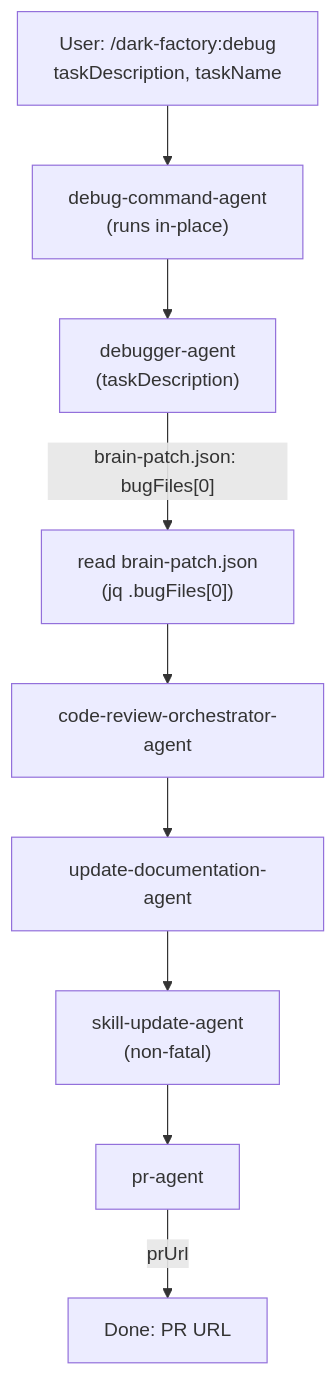
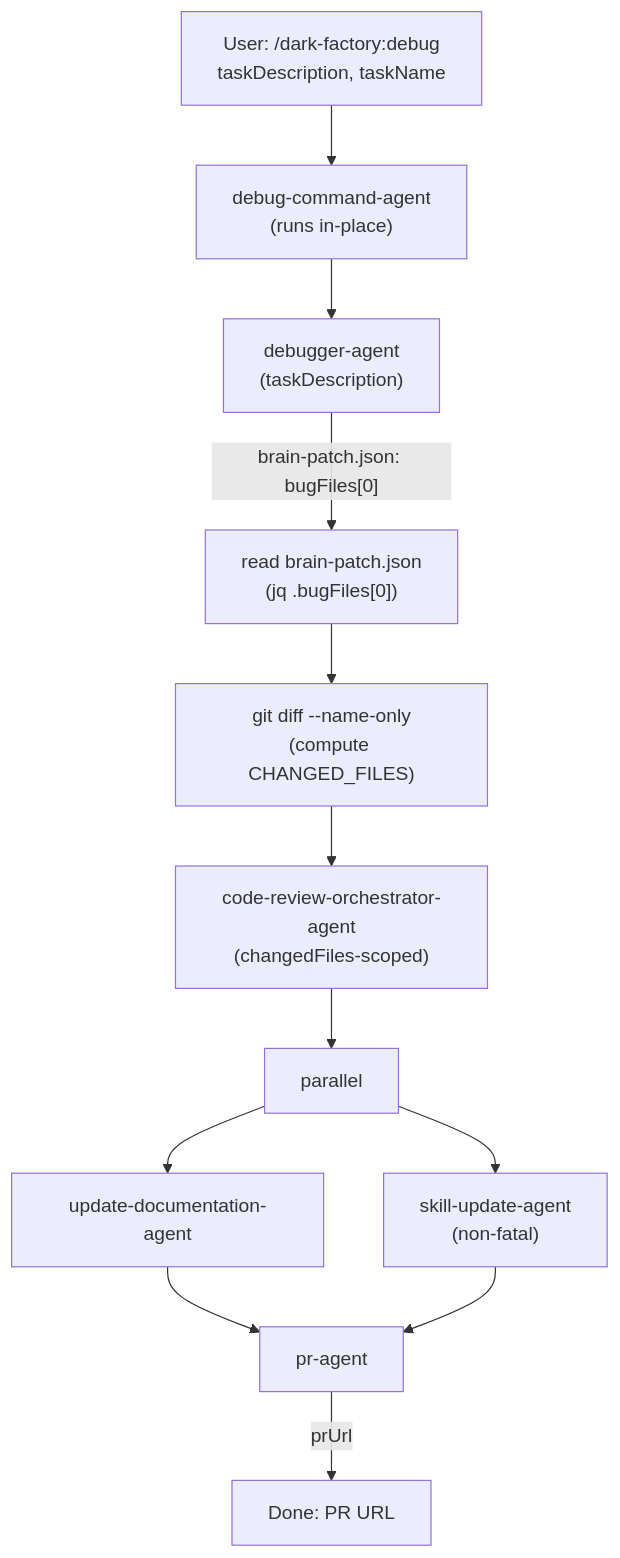
One commit to lewibs/dark-factory changed the diagram in docs/docs/debug-command-agent.md. Above: the diagram before and after it, drawn with Mermaid. The commit also changed other lines of this file and 10 other files, not shown here.

Commit message:
fix(debug-skill): reduce latency by 40% via investigation cache hits and scoped code review

````diff
--- a/docs/docs/debug-command-agent.md
+++ b/docs/docs/debug-command-agent.md
@@ -7,16 +7,19 @@
 ```mermaid
 flowchart TD
   User["User: /dark-factory:debug<br/>taskDescription, taskName"] --> DCA
 
   DCA["debug-command-agent<br/>(runs in-place)"]
 
   DCA --> DA["debugger-agent<br/>(taskDescription)"]
 
   DA -->|"brain-patch.json: bugFiles[0]"| BPR["read brain-patch.json<br/>(jq .bugFiles[0])"]
-  BPR --> CRO["code-review-orchestrator-agent"]
+  BPR --> DIFF["git diff --name-only<br/>(compute CHANGED_FILES)"]
+  DIFF --> CRO["code-review-orchestrator-agent<br/>(changedFiles-scoped)"]
 
-  CRO --> UDA["update-documentation-agent"]
-  UDA --> SUA["skill-update-agent<br/>(non-fatal)"]
-  SUA --> PRA["pr-agent"]
+  CRO --> PARALLEL["parallel"]
+  PARALLEL --> UDA["update-documentation-agent"]
+  PARALLEL --> SUA["skill-update-agent<br/>(non-fatal)"]
+  UDA --> PRA["pr-agent"]
+  SUA --> PRA
   PRA -->|"prUrl"| Done["Done: PR URL"]
 ```
````
